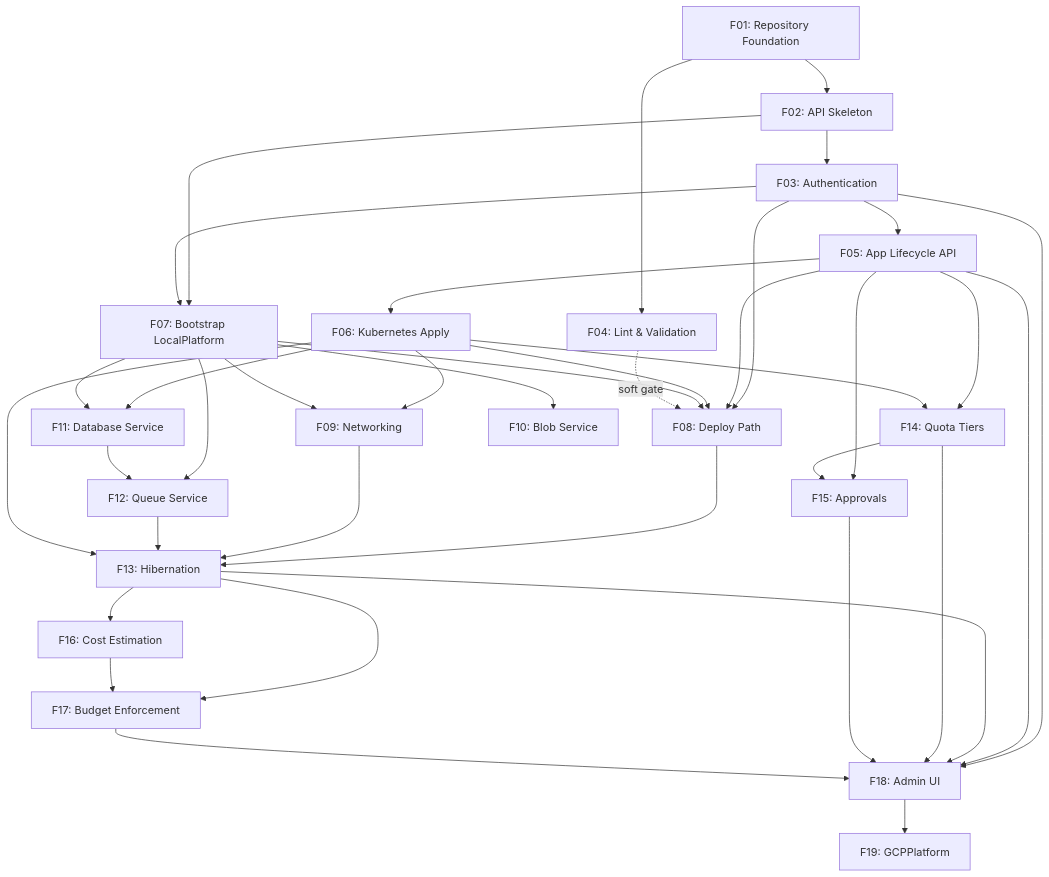
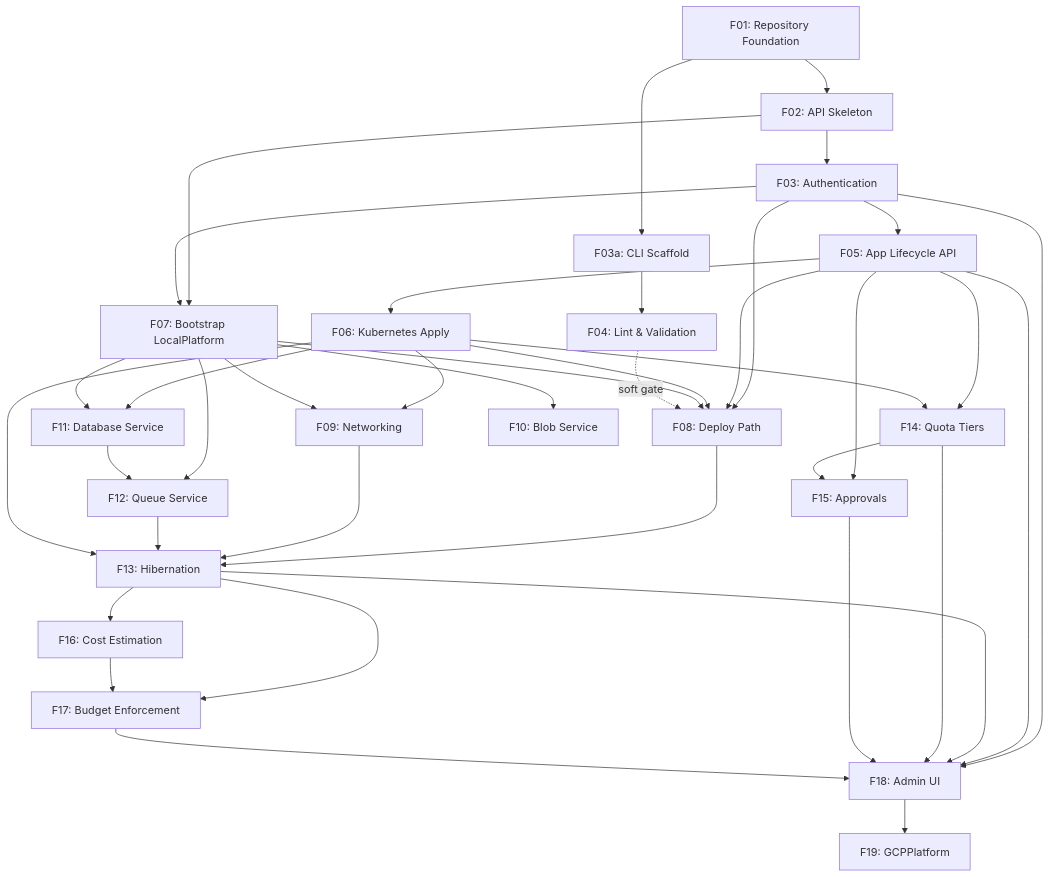
The diagram in docs/plans/implementation/README.md (ifeanyiecheruo/morsel), drawn with Mermaid before and after one commit. The commit also changed other lines of this file and 2 other files, not shown here.

Commit message:
update plan with explicit cli tasks

````diff
--- a/docs/plans/implementation/README.md
+++ b/docs/plans/implementation/README.md
@@ -61,52 +62,53 @@
 ```mermaid
 graph TD
     F01[F01: Repository Foundation] --> F02[F02: API Skeleton]
-    F01 --> F04[F04: Lint & Validation]
+    F01 --> F03a[F03a: CLI Scaffold]
+    F03a --> F04[F04: Lint & Validation]
 
     F02 --> F03[F03: Authentication]
     F02 --> F07[F07: Bootstrap LocalPlatform]
 
     F03 --> F05[F05: App Lifecycle API]
     F03 --> F07
     F03 --> F08[F08: Deploy Path]
 
     F05 --> F06[F06: Kubernetes Apply]
     F05 --> F08
     F05 --> F14[F14: Quota Tiers]
     F05 --> F15[F15: Approvals]
 
     F06 --> F08
     F06 --> F09[F09: Networking]
     F06 --> F11[F11: Database Service]
     F06 --> F14
 
     F07 --> F08
     F07 --> F09
     F07 --> F10[F10: Blob Service]
     F07 --> F11
     F07 --> F12[F12: Queue Service]
 
     F11 --> F12
 
     F14 --> F15
 
     F08 --> F13[F13: Hibernation]
     F09 --> F13
     F12 --> F13
     F06 --> F13
 
     F13 --> F16[F16: Cost Estimation]
     F13 --> F17[F17: Budget Enforcement]
     F16 --> F17
 
     F03 --> F18[F18: Admin UI]
     F05 --> F18
     F13 --> F18
     F14 --> F18
     F15 --> F18
     F17 --> F18
 
     F18 --> F19[F19: GCPPlatform]
 
     F04 -.->|soft gate| F08
 ```
````
